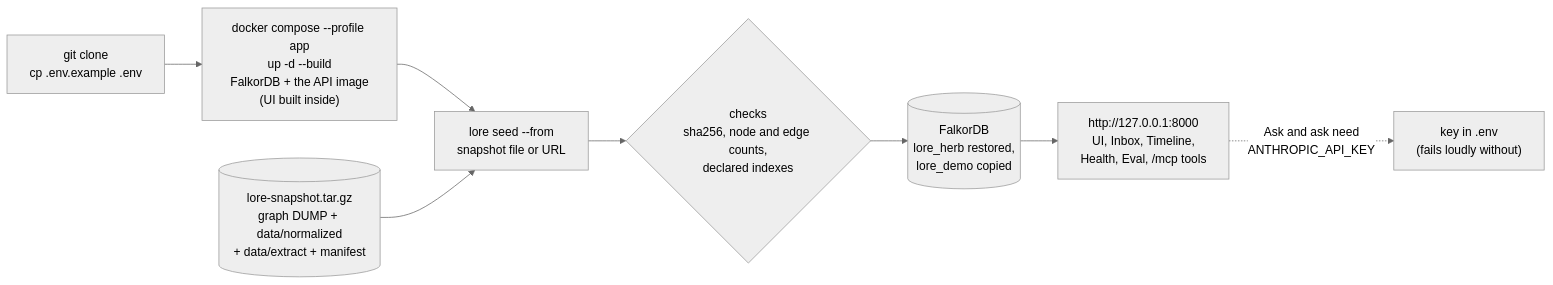
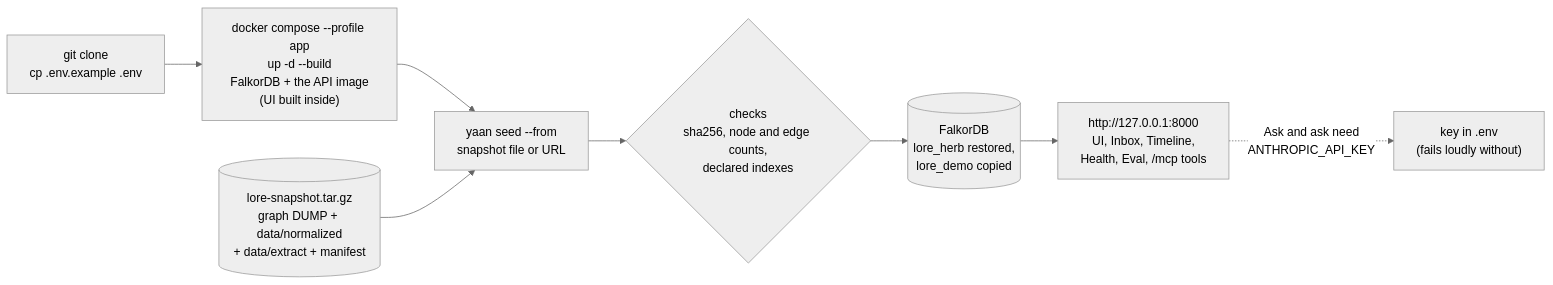
One commit to t-maypat/yaan changed the diagram in docs/diagrams/seed-flow.mmd. Above: the diagram before and after it, drawn with Mermaid (neutral theme). The commit also changed 204 other files, not shown here.

First line of the commit message:
Phase 22.10: Lore's remaining names become Yaan's; old names still read

```diff
--- a/docs/diagrams/seed-flow.mmd
+++ b/docs/diagrams/seed-flow.mmd
@@ -1,9 +1,9 @@
-%% From a fresh clone to a working Lore with no API key (15.1-15.4, D075).
+%% From a fresh clone to a working Yaan with no API key (15.1-15.4, D075).
 flowchart LR
   C["git clone<br/>cp .env.example .env"]:::human --> U["docker compose --profile app<br/>up -d --build<br/>FalkorDB + the API image<br/>(UI built inside)"]:::code
-  U --> S["lore seed --from<br/>snapshot file or URL"]:::code
+  U --> S["yaan seed --from<br/>snapshot file or URL"]:::code
   SN[("lore-snapshot.tar.gz<br/>graph DUMP + data/normalized<br/>+ data/extract + manifest")]:::file --> S
   S --> V{"checks<br/>sha256, node and edge counts,<br/>declared indexes"}:::guard
   V --> G[("FalkorDB<br/>lore_herb restored,<br/>lore_demo copied")]:::store
   G --> A["http://127.0.0.1:8000<br/>UI, Inbox, Timeline,<br/>Health, Eval, /mcp tools"]:::ext
   A -.->|"Ask and ask need<br/>ANTHROPIC_API_KEY"| K["key in .env<br/>(fails loudly without)"]:::human
```
